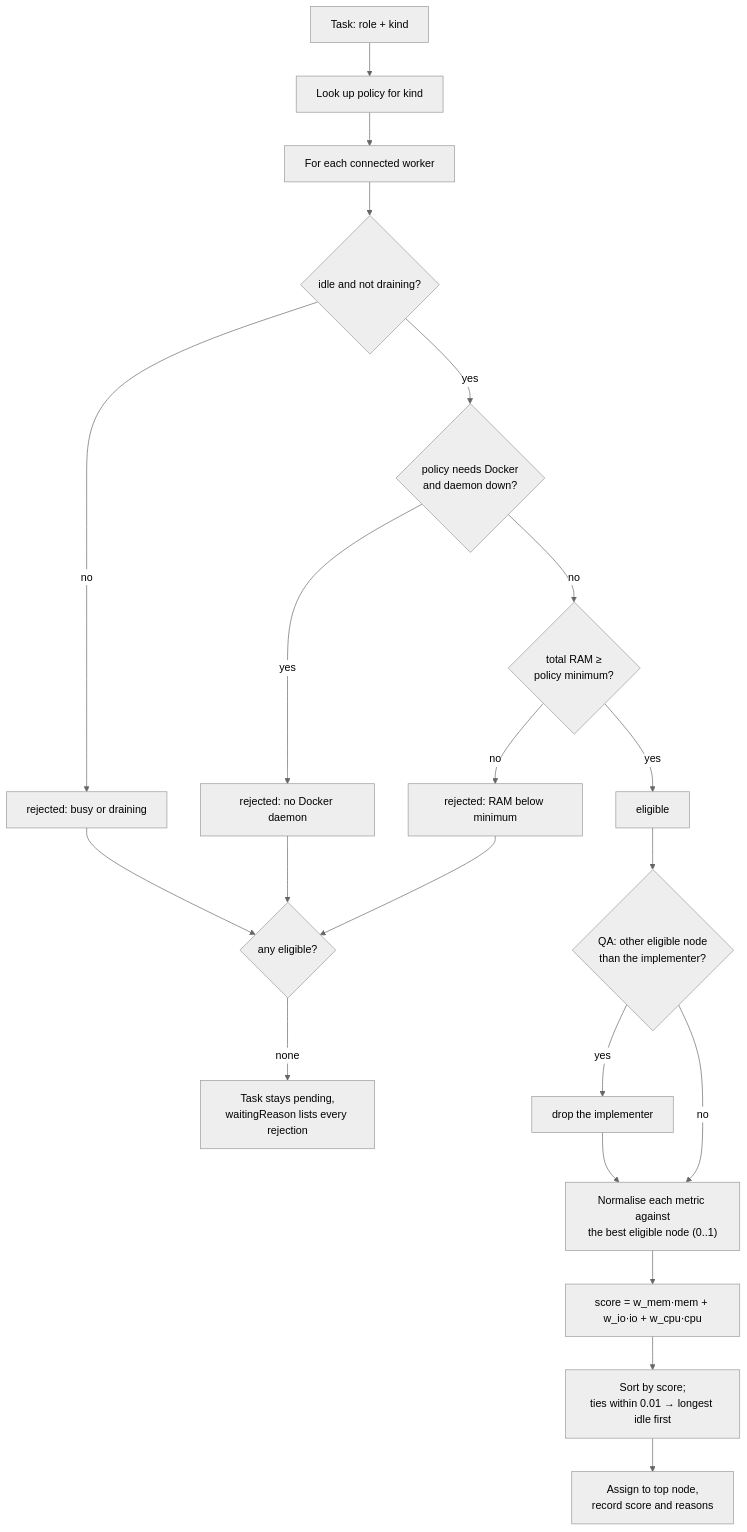
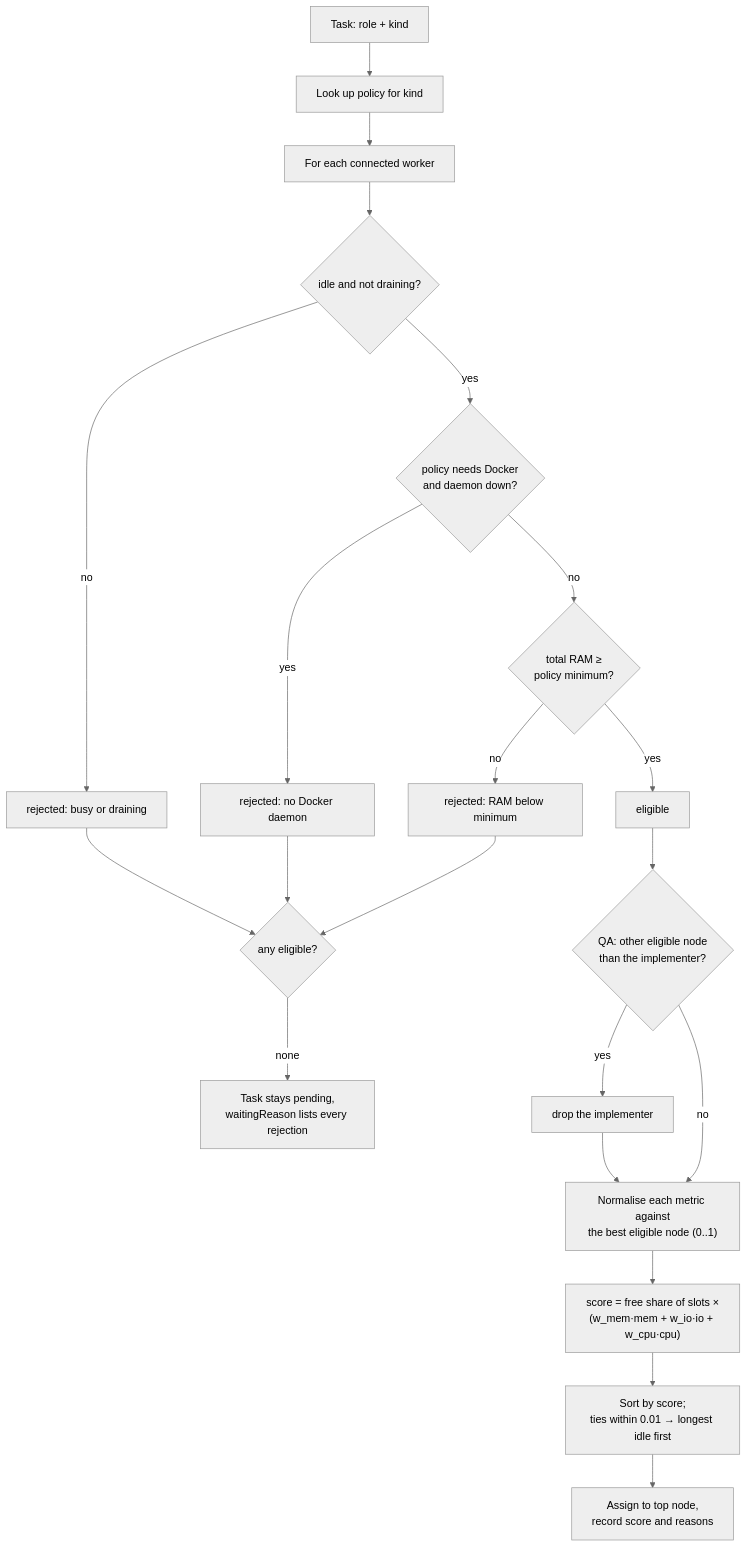
One commit to Sys64k/ai-swarm-orchestrator changed the sixth of 17 diagrams in ARCHITECTURE.md. Above: the diagram before and after it, drawn with Mermaid (neutral theme). The commit also changed other lines of this file and 27 other files, not shown here.

````diff
--- a/ARCHITECTURE.md
+++ b/ARCHITECTURE.md
@@ -369,21 +369,21 @@
 ```mermaid
 flowchart TD
   T["Task: role + kind"] --> P["Look up policy for kind"]
   P --> L["For each connected worker"]
   L --> R2{"idle and not draining?"}
   R2 -- no --> X2["rejected: busy or draining"]
   R2 -- yes --> R3{"policy needs Docker<br/>and daemon down?"}
   R3 -- yes --> X3["rejected: no Docker daemon"]
   R3 -- no --> R4{"total RAM ≥<br/>policy minimum?"}
   R4 -- no --> X4["rejected: RAM below minimum"]
   R4 -- yes --> OK["eligible"]
   OK --> AV{"QA: other eligible node<br/>than the implementer?"}
   AV -- yes --> DROP["drop the implementer"]
   AV -- no --> N
   DROP --> N["Normalise each metric against<br/>the best eligible node (0..1)"]
-  N --> S["score = w_mem·mem + w_io·io + w_cpu·cpu"]
+  N --> S["score = free share of slots ×<br/>(w_mem·mem + w_io·io + w_cpu·cpu)"]
   S --> SORT["Sort by score;<br/>ties within 0.01 → longest idle first"]
   SORT --> PICK["Assign to top node,<br/>record score and reasons"]
   X2 & X3 & X4 --> W{"any eligible?"}
   W -- "none" --> PEND["Task stays pending,<br/>waitingReason lists every rejection"]
 ```
````
